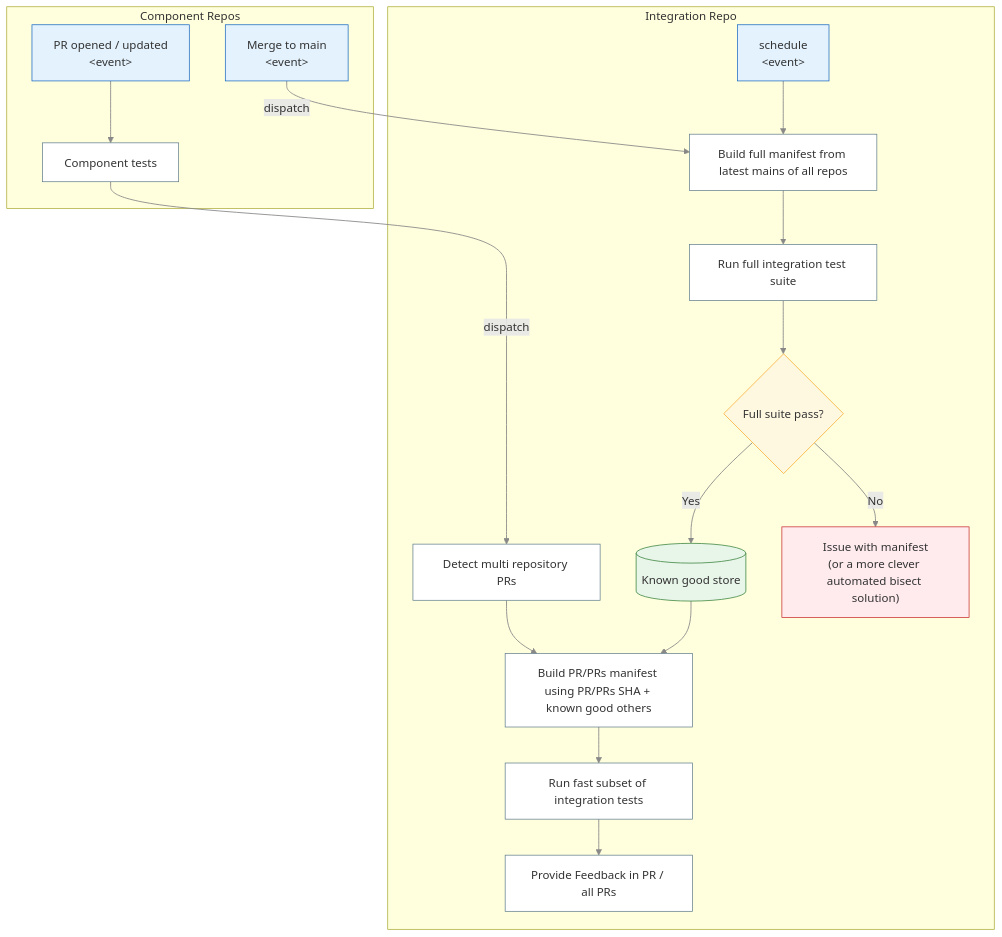
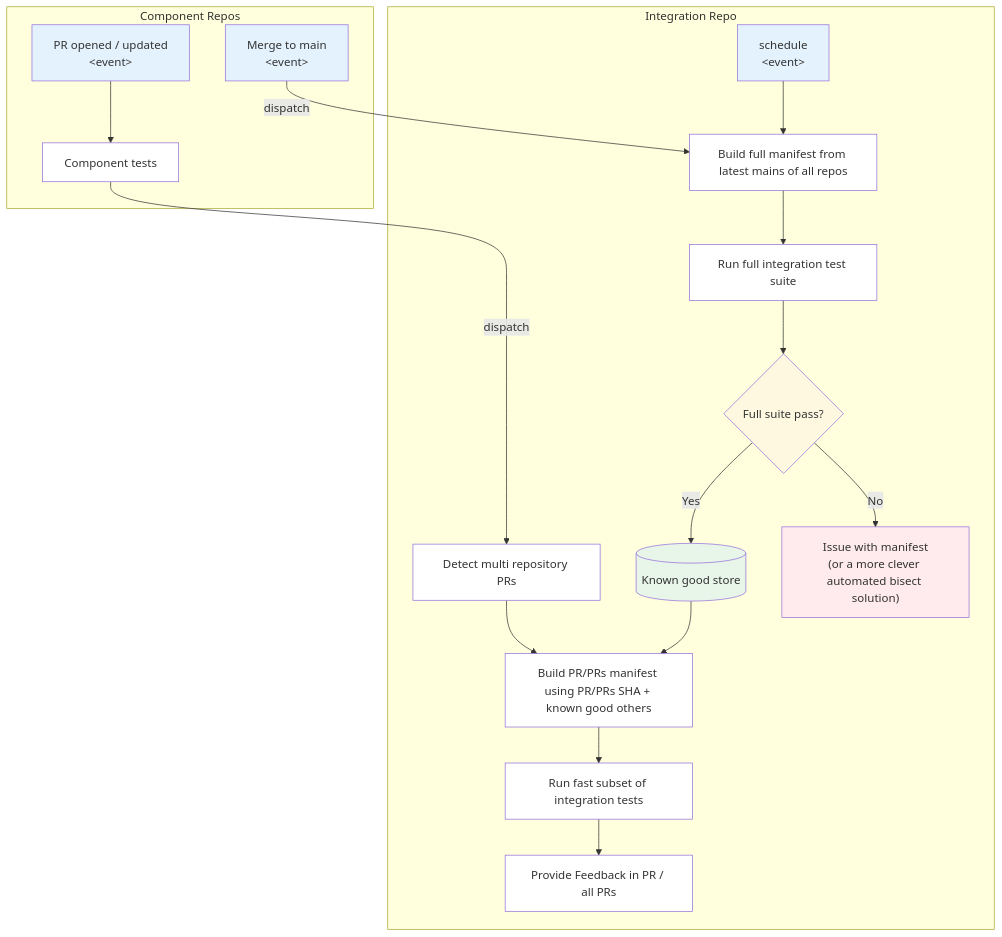
One commit to eclipse-score/docs-as-code changed the diagram in integration.md. Above: the diagram before and after it, drawn with Mermaid.

Commit message:
mermaid in dark mode attempt

````diff
--- a/integration.md
+++ b/integration.md
@@ -69,37 +69,33 @@
 ```mermaid
 flowchart TB
   subgraph COMP[Component Repos]
     pr[PR opened / updated<br/>&lt;event&gt;]:::event --> comp_ci[Component tests]:::step
 
     trigger1[Merge to main<br/>&lt;event&gt;]:::event
   end
 
   subgraph INT[Integration Repo]
     comp_ci --> |dispatch|detect_changeset[Detect multi repository PRs]:::step
     knownGood[(Known good store)]:::artifact
 
     %% PR
     detect_changeset --> buildMan[Build PR/PRs manifest using PR/PRs SHA + known good others]:::step
     knownGood --> buildMan
     buildMan --> runSubset[Run fast subset of integration tests]:::step
     runSubset --> prFeedback[Provide Feedback in PR / all PRs]:::step
 
     %% Post-merge / scheduled full suite
     trigger1 -->|dispatch| fullMan[Build full manifest from latest mains of all repos]:::step
     trigger2[schedule<br/>&lt;event&gt;]:::event --> fullMan
     fullMan --> fullSuite[Run full integration test suite]:::step
     fullSuite --> fullPass{Full suite pass?}:::decision
     fullPass -->|Yes| knownGood
-    fullPass -->|No| issue["Issue with manifest<br>(or a more clever automated bisect solution)"]:::status
+    fullPass -->|No| issue["Issue with manifest<br>(or a more clever automated bisect solution)"]:::red
   end
 
-  classDef event fill:#E3F2FD,stroke:#1565C0,stroke-width:1px;
-  classDef step fill:#FFFFFF,stroke:#607D8B,stroke-width:1px;
-  classDef decision fill:#FFF8E1,stroke:#F9A825,stroke-width:1px;
-  classDef artifact fill:#E8F5E9,stroke:#2E7D32,stroke-width:1px;
-  classDef status fill:#FFEBEE,stroke:#C62828,stroke-width:1px;
-  classDef legend fill:#F5F5F5,stroke:#BDBDBD,stroke-dasharray: 3 3;
-
-  linkStyle default stroke:#888,stroke-width:1.2px;
-  class rec,knownGood artifact
+  classDef event fill:#E3F2FD
+  classDef step fill:#FFFFFF
+  classDef decision fill:#FFF8E1
+  classDef artifact fill:#E8F5E9
+  classDef red fill:#FFEBEE
 ```
````
